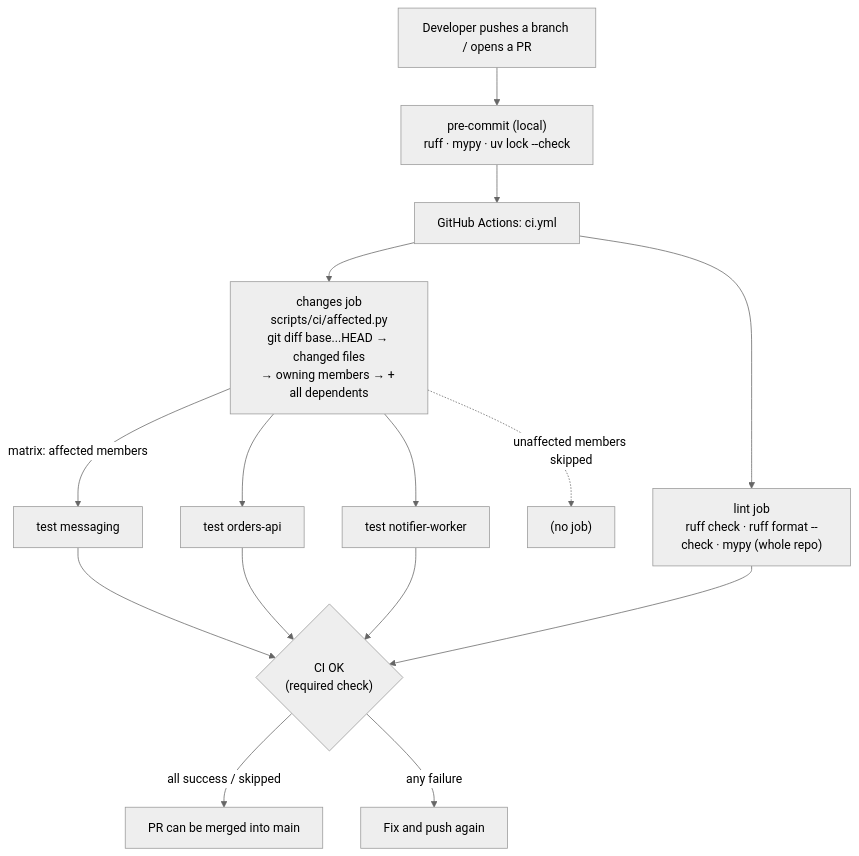
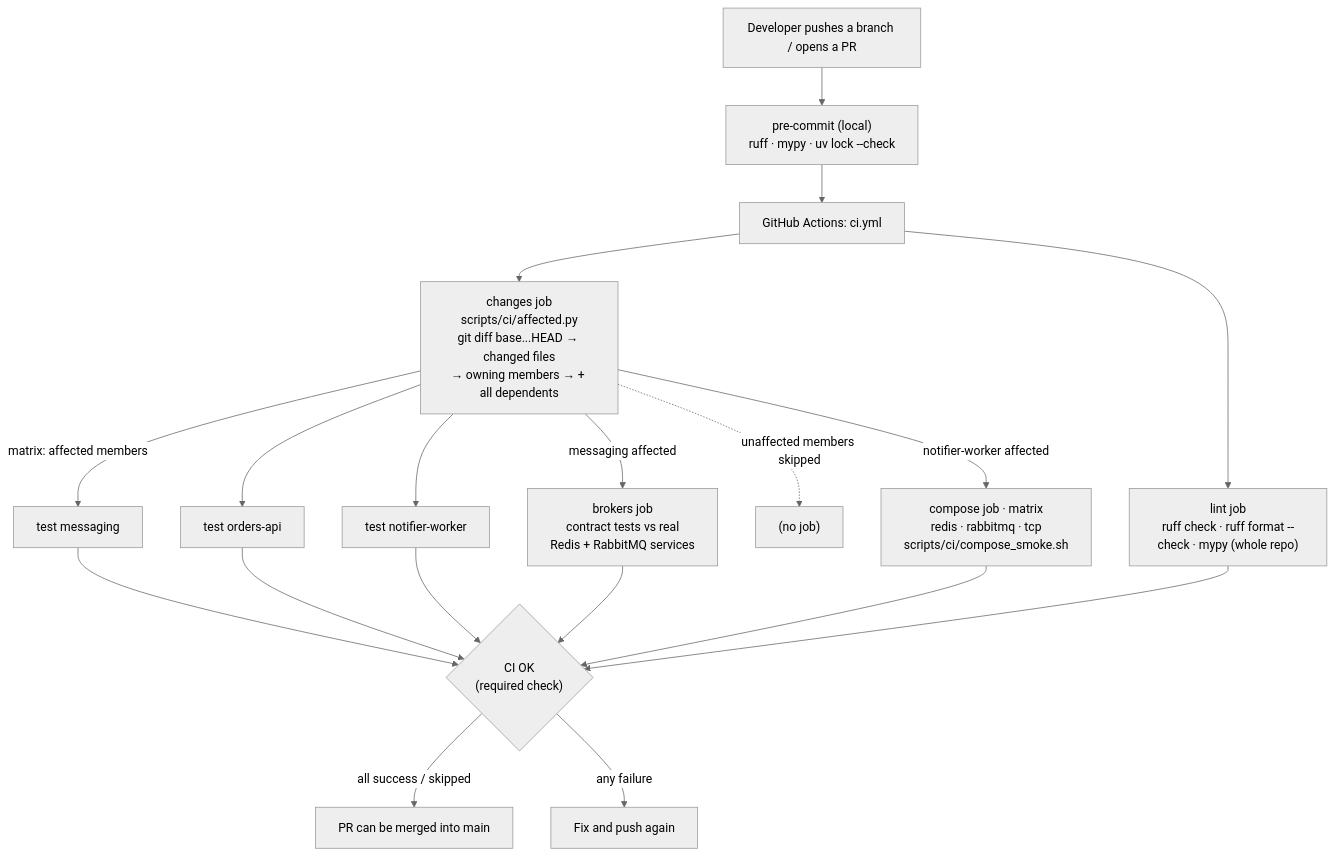
The seventh of 10 diagrams in ARCHITECTURE.md (sovikroy/python-monorepo), drawn with Mermaid (neutral theme) before and after one commit. The commit also changed other lines of this file and 40 other files, not shown here.

First line of the commit message:
Make the messaging transport pluggable (Redis, RabbitMQ, TCP, in-memory)

````diff
--- a/ARCHITECTURE.md
+++ b/ARCHITECTURE.md
@@ -169,18 +264,21 @@
 ```mermaid
 flowchart TD
     dev["Developer pushes a branch / opens a PR"] --> pre["pre-commit (local)<br/>ruff · mypy · uv lock --check"]
     pre --> gh["GitHub Actions: ci.yml"]
 
     gh --> changes["changes job<br/>scripts/ci/affected.py<br/>git diff base...HEAD → changed files<br/>→ owning members → + all dependents"]
     gh --> lint["lint job<br/>ruff check · ruff format --check · mypy (whole repo)"]
 
     changes -->|"matrix: affected members"| t1["test messaging"]
     changes --> t2["test orders-api"]
     changes --> t3["test notifier-worker"]
     changes -.->|"unaffected members skipped"| skip["(no job)"]
+    changes -->|"messaging affected"| brk["brokers job<br/>contract tests vs real<br/>Redis + RabbitMQ services"]
+    changes -->|"notifier-worker affected"| e2e["compose job · matrix<br/>redis · rabbitmq · tcp<br/>scripts/ci/compose_smoke.sh"]
 
     t1 & t2 & t3 --> ok{"CI OK<br/>(required check)"}
+    brk & e2e --> ok
     lint --> ok
     ok -->|"all success / skipped"| merge["PR can be merged into main"]
     ok -->|"any failure"| fix["Fix and push again"]
 ```
````
